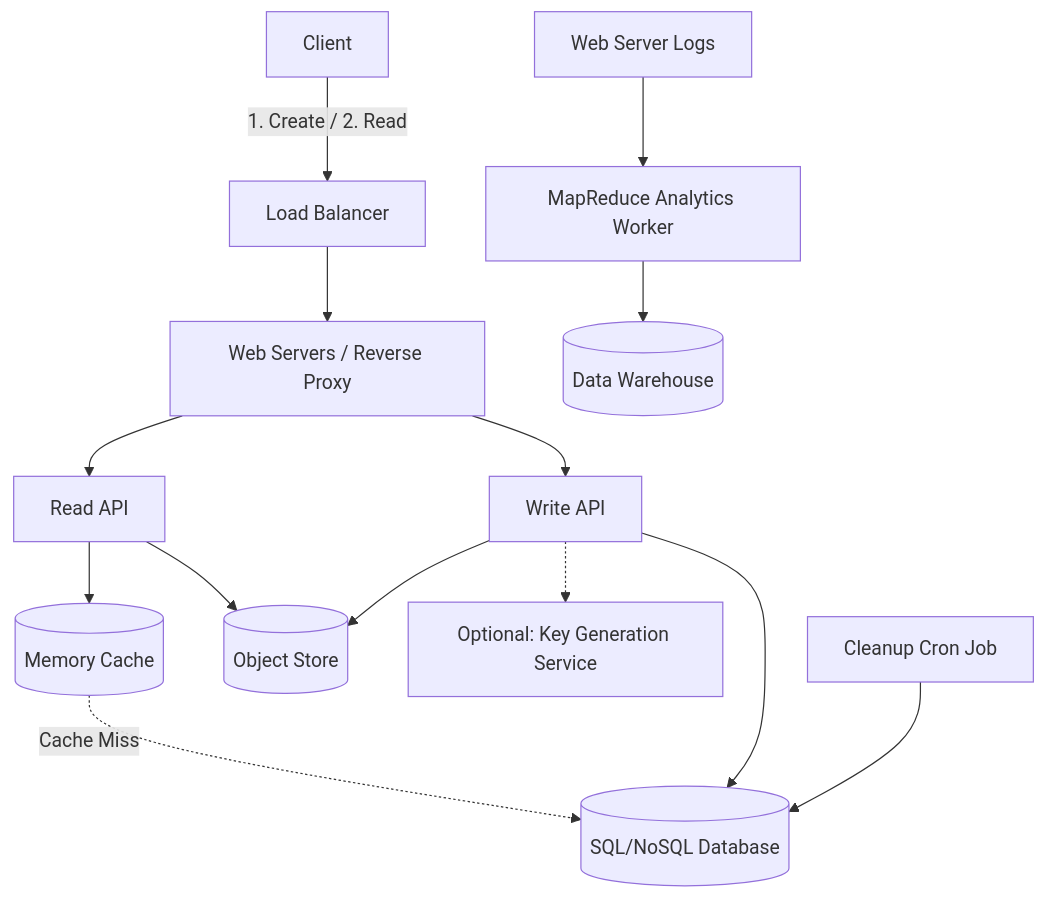
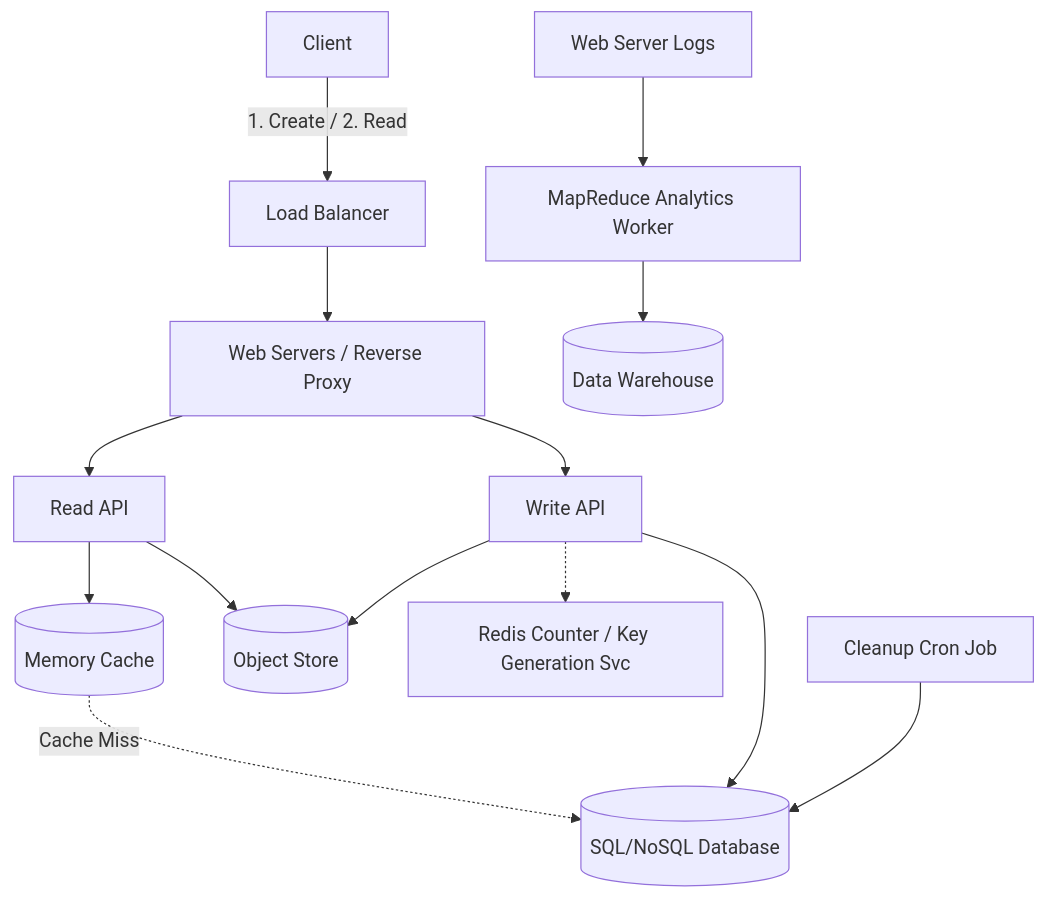
One commit to Ankur-glitchtracer/docs changed the diagram in system_design_hld/architectures/utilities/URL_SHORTENER.md. Above: the diagram before and after it, drawn with Mermaid. The commit also changed other lines of this file and 35 other files, not shown here.

````diff
--- a/system_design_hld/architectures/utilities/URL_SHORTENER.md
+++ b/system_design_hld/architectures/utilities/URL_SHORTENER.md
@@ -73,22 +96,22 @@
 ```mermaid
 graph TD
     Client -->|1. Create / 2. Read| LB[Load Balancer]
     
     LB --> WebServers[Web Servers / Reverse Proxy]
     
-    WebServers --> ReadAPI[Read API]
-    WebServers --> WriteAPI[Write API]
+    WebServers --> ReadService[Read API]
+    WebServers --> WriteService[Write API]
     
-    ReadAPI --> Cache[(Memory Cache)]
+    ReadService --> Cache[(Memory Cache)]
     Cache -.->|Cache Miss| DB[(SQL/NoSQL Database)]
-    ReadAPI --> S3[(Object Store)]
+    ReadService --> S3[(Object Store)]
     
-    WriteAPI --> DB
-    WriteAPI --> S3
-    WriteAPI -.-> KGS[Optional: Key Generation Service]
+    WriteService --> DB
+    WriteService --> S3
+    WriteService -.-> KGS[Redis Counter / Key Generation Svc]
     
     LogFiles[Web Server Logs] --> MapReduce[MapReduce Analytics Worker]
     MapReduce --> AnalyticsDB[(Data Warehouse)]
     
     CleanupWorker[Cleanup Cron Job] --> DB
 ```
````
